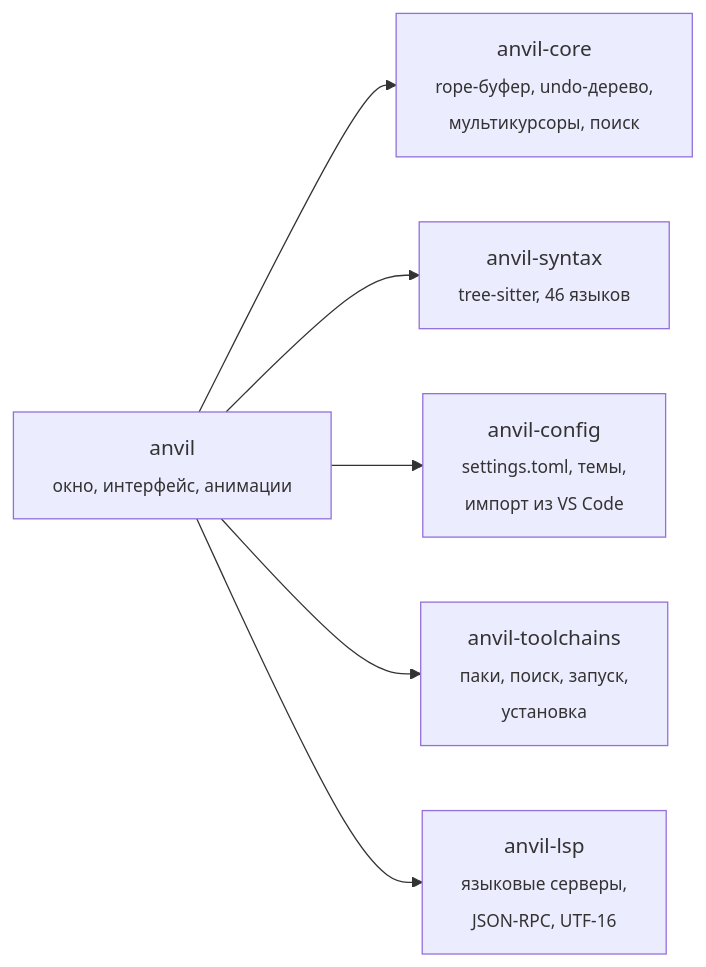
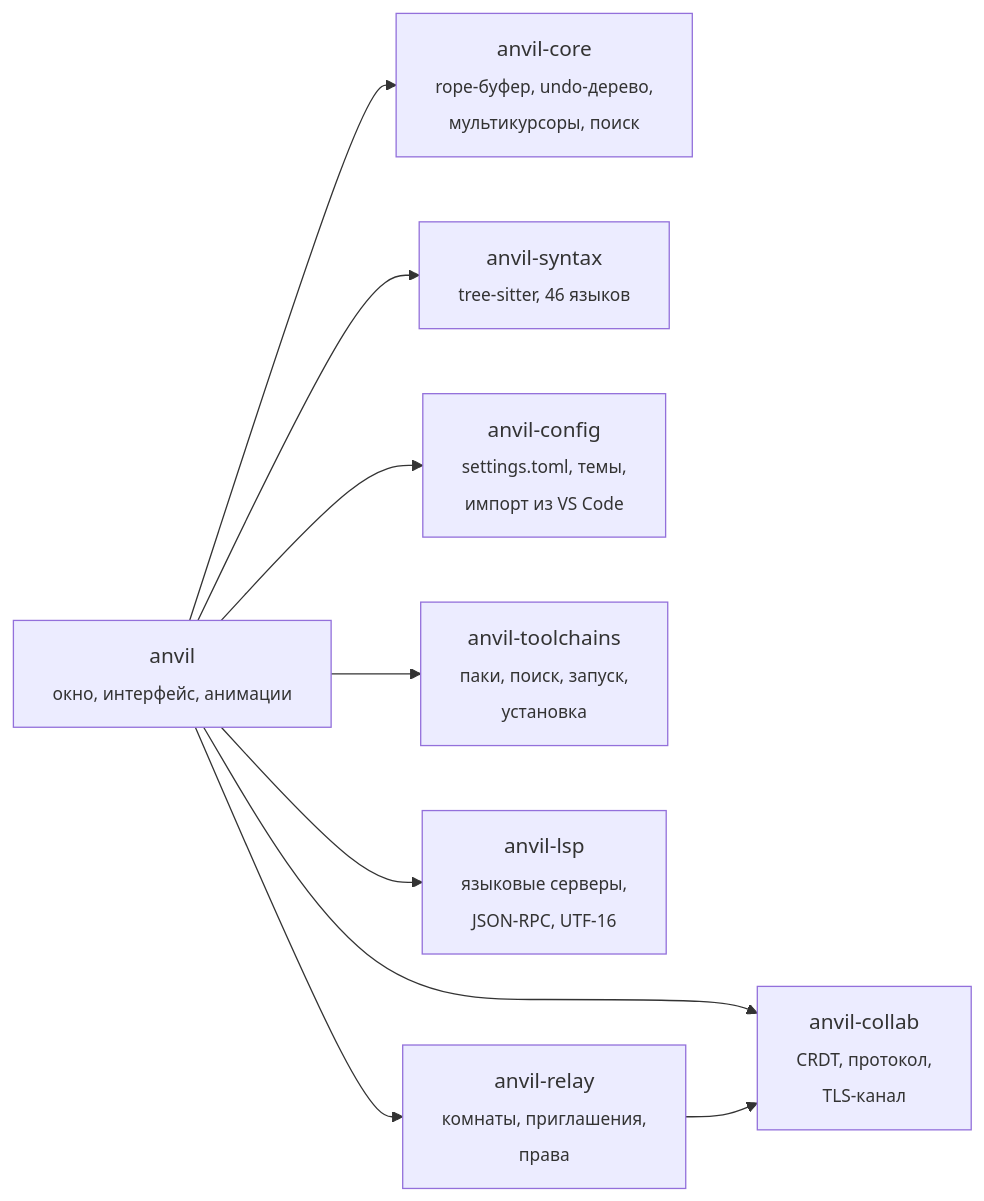
Before and after one commit to mylifeitsbest/anvil: the diagram in README.md, drawn with Mermaid. The commit also changed other lines of this file and 34 other files, not shown here.

````diff
--- a/README.md
+++ b/README.md
@@ -261,8 +347,11 @@
 ```mermaid
 flowchart LR
     app["anvil<br/><sub>окно, интерфейс, анимации</sub>"] --> core["anvil-core<br/><sub>rope-буфер, undo-дерево,<br/>мультикурсоры, поиск</sub>"]
     app --> syntax["anvil-syntax<br/><sub>tree-sitter, 46 языков</sub>"]
     app --> config["anvil-config<br/><sub>settings.toml, темы,<br/>импорт из VS Code</sub>"]
     app --> tools["anvil-toolchains<br/><sub>паки, поиск, запуск,<br/>установка</sub>"]
     app --> lsp["anvil-lsp<br/><sub>языковые серверы,<br/>JSON-RPC, UTF-16</sub>"]
+    app --> collab["anvil-collab<br/><sub>CRDT, протокол,<br/>TLS-канал</sub>"]
+    app --> relay["anvil-relay<br/><sub>комнаты, приглашения,<br/>права</sub>"]
+    relay --> collab
 ```
````
